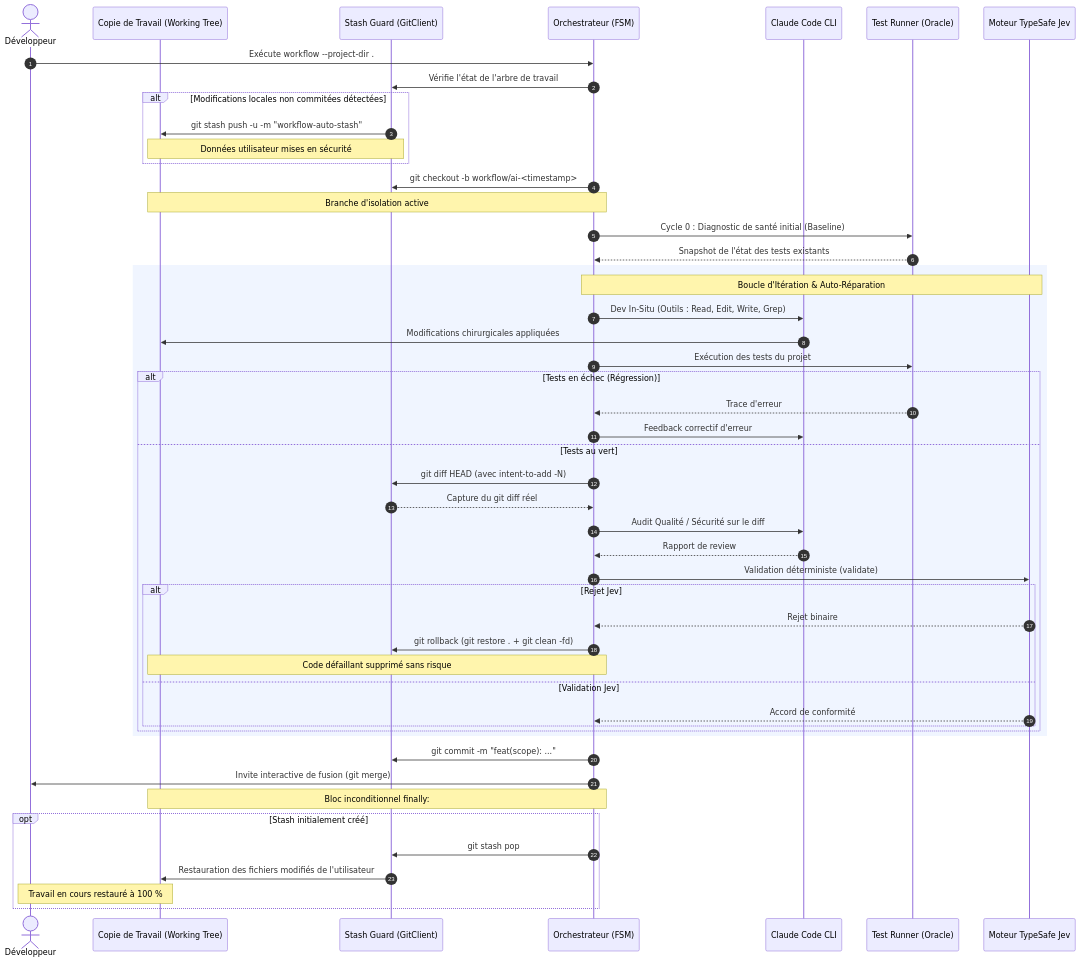
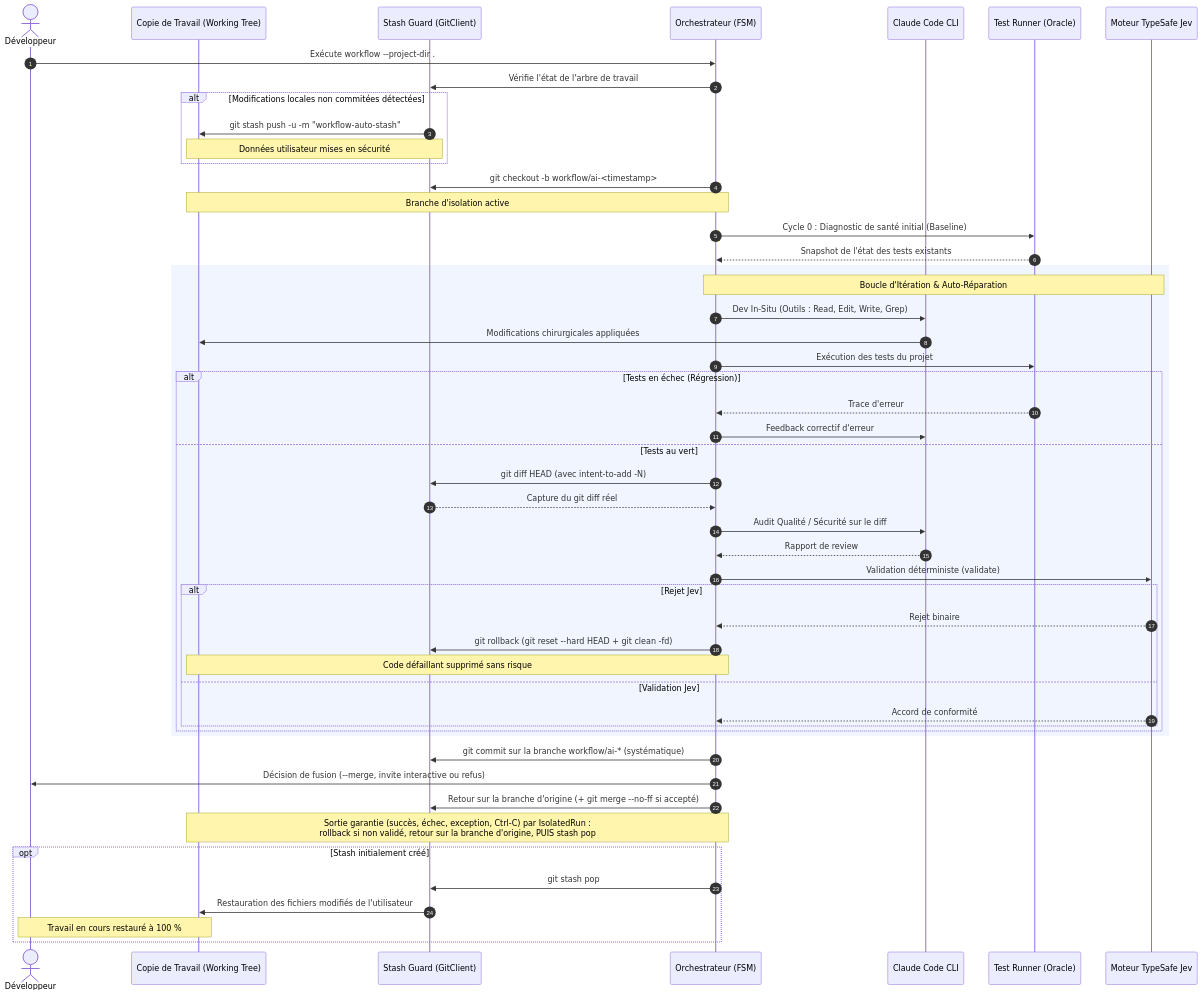
Before and after one commit to GirardotN/Workflow-Claude-Code: the second of 2 diagrams in docs/architecture.md, drawn with Mermaid. The commit also changed 6 other files, not shown here.

Commit message:
docs: document git-safety behavior (commit policy, exit guarantees, circuit breaker)

````diff
--- a/docs/architecture.md
+++ b/docs/architecture.md
@@ -84,58 +84,59 @@
 ```mermaid
 sequenceDiagram
     autonumber
     actor Dev as Développeur
     participant WT as Copie de Travail (Working Tree)
     participant SG as Stash Guard (GitClient)
     participant FSM as Orchestrateur (FSM)
     participant Claude as Claude Code CLI
     participant Tests as Test Runner (Oracle)
     participant Jev as Moteur TypeSafe Jev
 
     Dev->>FSM: Exécute workflow --project-dir .
     FSM->>SG: Vérifie l'état de l'arbre de travail
     alt Modifications locales non commitées détectées
         SG->>WT: git stash push -u -m "workflow-auto-stash"
         Note over SG,WT: Données utilisateur mises en sécurité
     end
 
     FSM->>SG: git checkout -b workflow/ai-<timestamp>
     Note over FSM,WT: Branche d'isolation active
 
     FSM->>Tests: Cycle 0 : Diagnostic de santé initial (Baseline)
     Tests-->>FSM: Snapshot de l'état des tests existants
 
     rect rgb(240, 245, 255)
         Note over FSM,Jev: Boucle d'Itération & Auto-Réparation
         FSM->>Claude: Dev In-Situ (Outils : Read, Edit, Write, Grep)
         Claude->>WT: Modifications chirurgicales appliquées
         FSM->>Tests: Exécution des tests du projet
         alt Tests en échec (Régression)
             Tests-->>FSM: Trace d'erreur
             FSM->>Claude: Feedback correctif d'erreur
         else Tests au vert
             FSM->>SG: git diff HEAD (avec intent-to-add -N)
             SG-->>FSM: Capture du git diff réel
             FSM->>Claude: Audit Qualité / Sécurité sur le diff
             Claude-->>FSM: Rapport de review
             FSM->>Jev: Validation déterministe (validate)
             alt Rejet Jev
                 Jev-->>FSM: Rejet binaire
-                FSM->>SG: git rollback (git restore . + git clean -fd)
+                FSM->>SG: git rollback (git reset --hard HEAD + git clean -fd)
                 Note over FSM,WT: Code défaillant supprimé sans risque
             else Validation Jev
                 Jev-->>FSM: Accord de conformité
             end
         end
     end
 
-    FSM->>SG: git commit -m "feat(scope): ..."
-    FSM->>Dev: Invite interactive de fusion (git merge)
+    FSM->>SG: git commit sur la branche workflow/ai-* (systématique)
+    FSM->>Dev: Décision de fusion (--merge, invite interactive ou refus)
+    FSM->>SG: Retour sur la branche d'origine (+ git merge --no-ff si accepté)
 
-    Note over FSM,WT: Bloc inconditionnel finally:
+    Note over FSM,WT: Sortie garantie (succès, échec, exception, Ctrl-C) par IsolatedRun :<br/>rollback si non validé, retour sur la branche d'origine, PUIS stash pop
     opt Stash initialement créé
         FSM->>SG: git stash pop
         SG->>WT: Restauration des fichiers modifiés de l'utilisateur
         Note over Dev,WT: Travail en cours restauré à 100 %
     end
 ```
````
